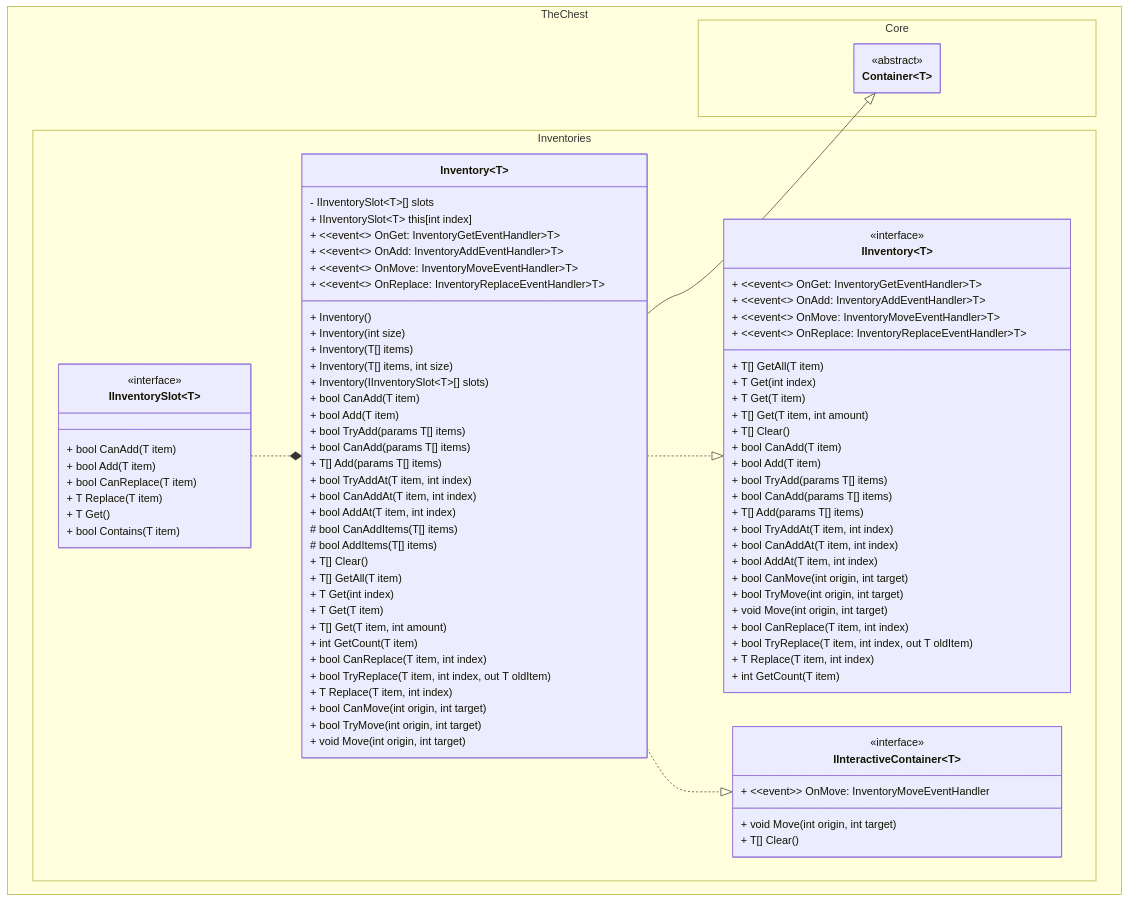
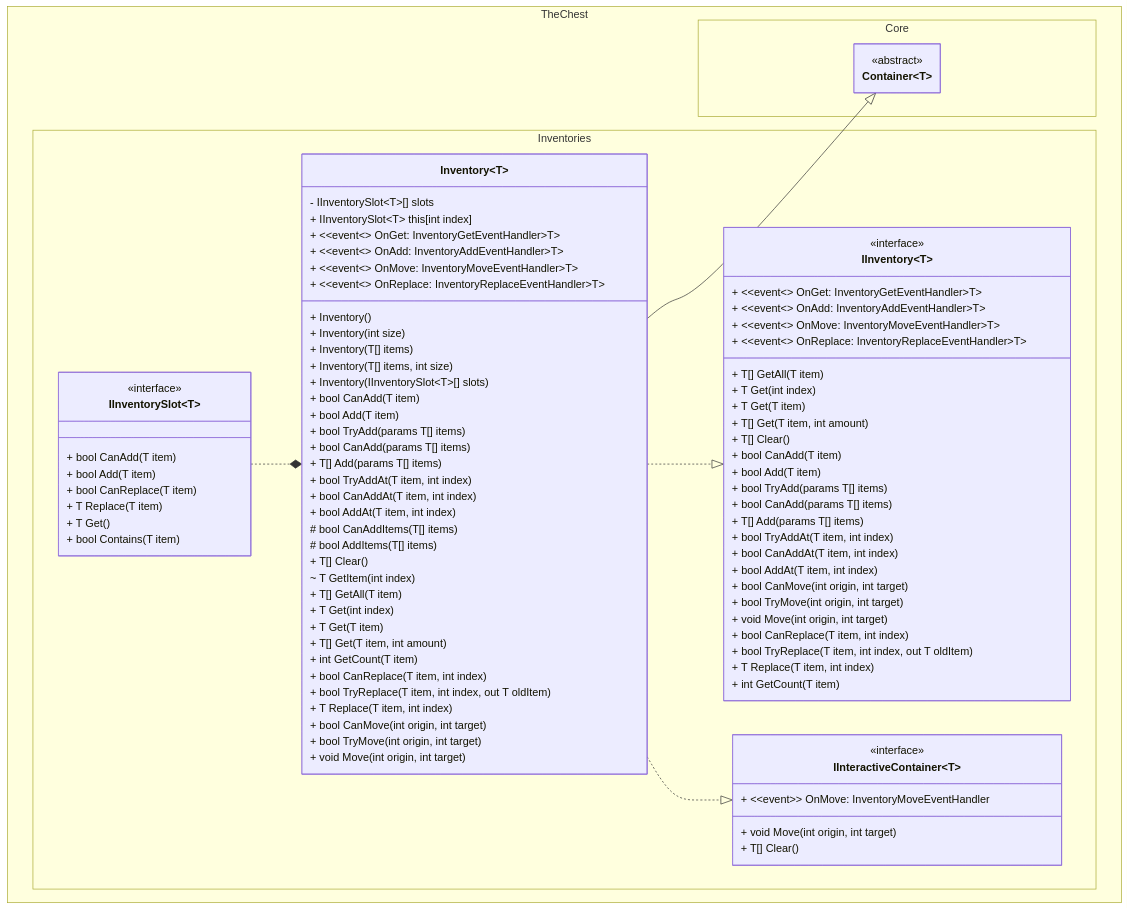
Before and after one commit to The-Chest/TheChest.Inventories: the first of 2 diagrams in docs/inventory/class_diagram.md, drawn with Mermaid. The commit also changed 56 other files, not shown here.

```diff
--- a/docs/inventory/class_diagram.md
+++ b/docs/inventory/class_diagram.md
@@ -91,6 +91,7 @@
 
 	        + T[] Clear()
 
+			~ T GetItem(int index)
 	        + T[] GetAll(T item)
 	        + T Get(int index)
 	        + T Get(T item)
```
